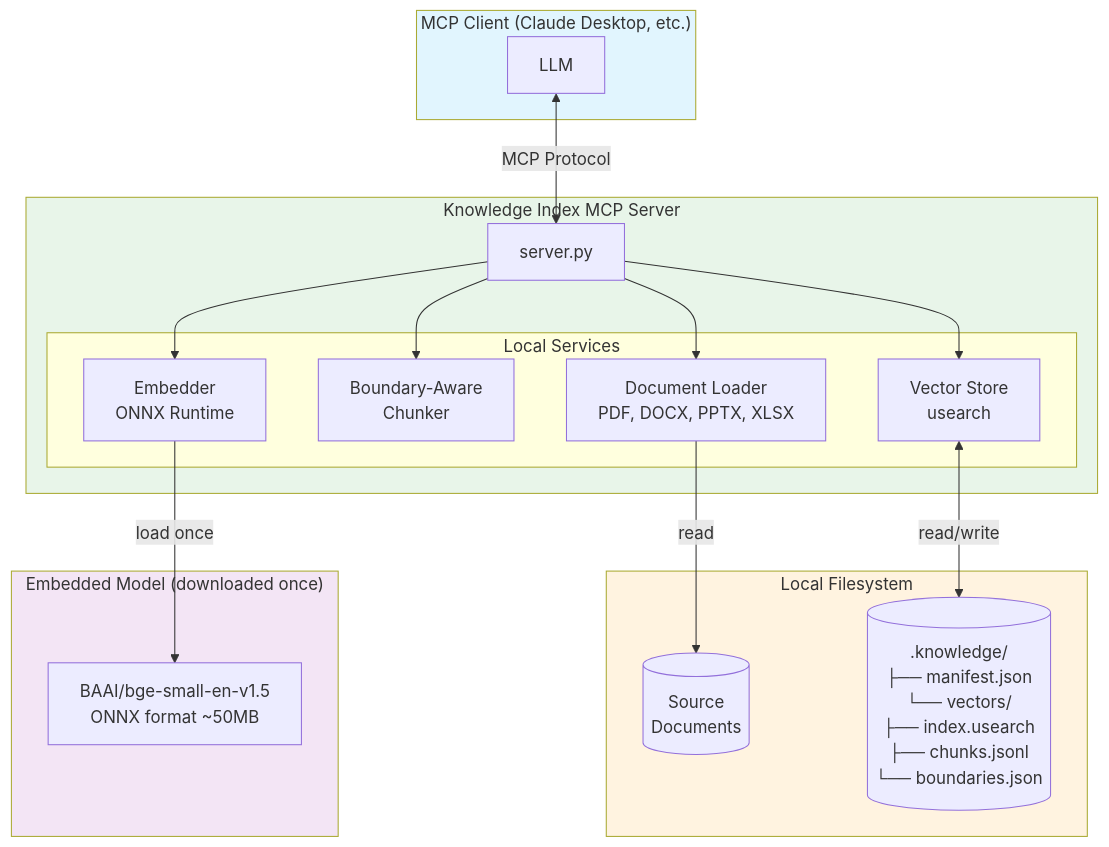
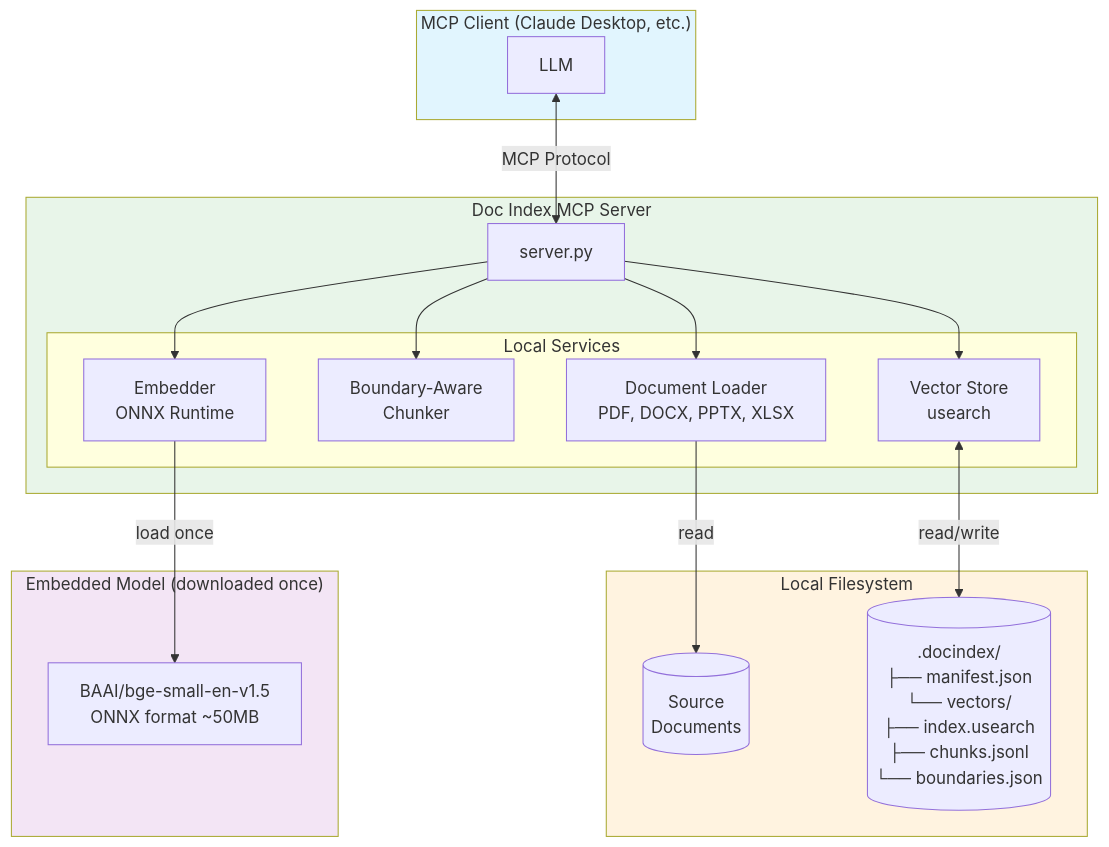
One commit to mike-anderson/doc-index-mcp changed the first of 2 diagrams in README.md. Above: the diagram before and after it, drawn with Mermaid. The commit also changed other lines of this file and 18 other files, not shown here.

First line of the commit message:
Rename project from knowledge-index-mcp to doc-index-mcp

````diff
--- a/README.md
+++ b/README.md
@@ -150,41 +150,41 @@
 ```mermaid
 flowchart TB
     subgraph Client["MCP Client (Claude Desktop, etc.)"]
         LLM[LLM]
     end
 
-    subgraph MCP["Knowledge Index MCP Server"]
+    subgraph MCP["Doc Index MCP Server"]
         Server[server.py]
 
         subgraph Services["Local Services"]
             Loader[Document Loader<br/>PDF, DOCX, PPTX, XLSX]
             Chunker[Boundary-Aware<br/>Chunker]
             Embedder[Embedder<br/>ONNX Runtime]
             VectorStore[Vector Store<br/>usearch]
         end
     end
 
     subgraph Storage["Local Filesystem"]
         Docs[(Source<br/>Documents)]
-        Index[(".knowledge/<br/>├── manifest.json<br/>└── vectors/<br/>    ├── index.usearch<br/>    ├── chunks.jsonl<br/>    └── boundaries.json")]
+        Index[(".docindex/<br/>├── manifest.json<br/>└── vectors/<br/>    ├── index.usearch<br/>    ├── chunks.jsonl<br/>    └── boundaries.json")]
     end
 
     subgraph Models["Embedded Model (downloaded once)"]
         ONNX[BAAI/bge-small-en-v1.5<br/>ONNX format ~50MB]
     end
 
     LLM <-->|MCP Protocol| Server
     Server --> Loader
     Server --> Chunker
     Server --> Embedder
     Server --> VectorStore
 
     Loader -->|read| Docs
     VectorStore <-->|read/write| Index
     Embedder -->|load once| ONNX
 
     style Client fill:#e1f5fe
     style Storage fill:#fff3e0
     style Models fill:#f3e5f5
     style MCP fill:#e8f5e9
 ```
````
